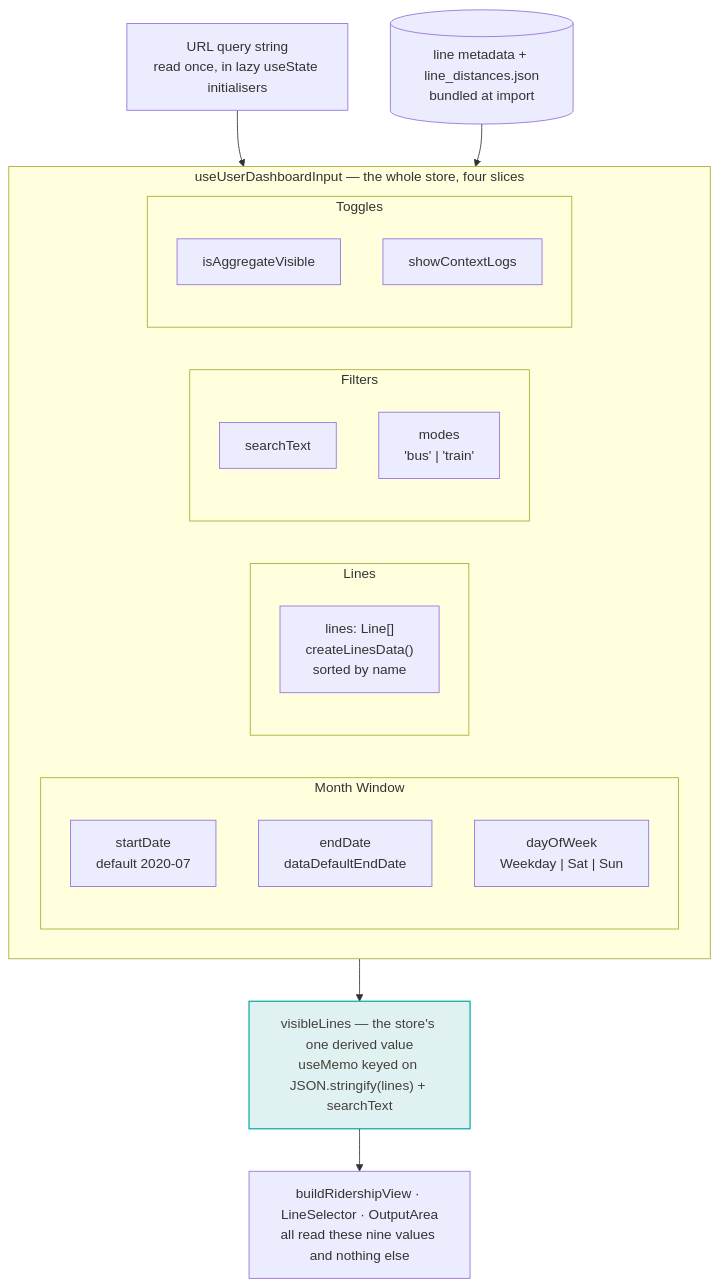
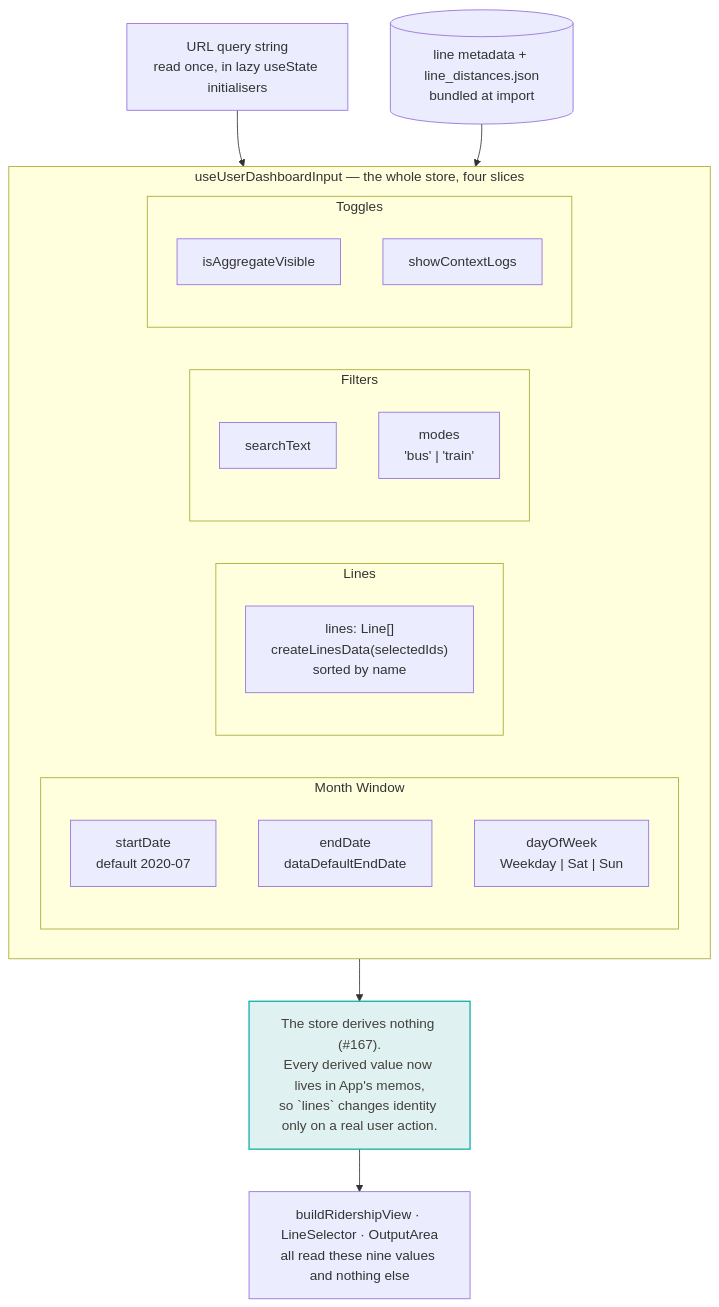
Before and after one commit to streetsforall/metro_ridership_app: the diagram in docs/architecture/mermaid/08-state-slices.mmd, drawn with Mermaid. The commit also changed 34 other files, not shown here.

```diff
--- a/docs/architecture/mermaid/08-state-slices.mmd
+++ b/docs/architecture/mermaid/08-state-slices.mmd
@@ -1,41 +1,41 @@
 flowchart TB
   urlIn["URL query string<br/>read once, in lazy useState initialisers"]
   bundledMeta[("line metadata + line_distances.json<br/>bundled at import")]
 
   subgraph store["useUserDashboardInput — the whole store, four slices"]
     direction LR
 
     subgraph windowSlice["Month Window"]
       direction TB
       startDate["startDate<br/>default 2020-07"]
       endDate["endDate<br/>dataDefaultEndDate"]
       dow["dayOfWeek<br/>Weekday | Sat | Sun"]
     end
 
     subgraph linesSlice["Lines"]
       direction TB
-      lines["lines: Line[]<br/>createLinesData()<br/>sorted by name"]
+      lines["lines: Line[]<br/>createLinesData(selectedIds)<br/>sorted by name"]
     end
 
     subgraph filterSlice["Filters"]
       direction TB
       search["searchText"]
       modes["modes<br/>'bus' | 'train'"]
     end
 
     subgraph toggleSlice["Toggles"]
       direction TB
       aggregate["isAggregateVisible"]
       logs["showContextLogs"]
     end
   end
 
-  visible["visibleLines — the store's one derived value<br/>useMemo keyed on JSON.stringify(lines) + searchText"]
+  nothingDerived["The store derives nothing (#167).<br/>Every derived value now lives in App's memos,<br/>so `lines` changes identity only on a real user action."]
   consumer["buildRidershipView · LineSelector · OutputArea<br/>all read these nine values and nothing else"]
 
   urlIn --> store
   bundledMeta --> linesSlice
-  store --> visible --> consumer
+  store --> nothingDerived --> consumer
 
   classDef key fill:#dff2f1,stroke:#0fada8,stroke-width:1.5px,color:#44403c
-  class visible key
+  class nothingDerived key
```
